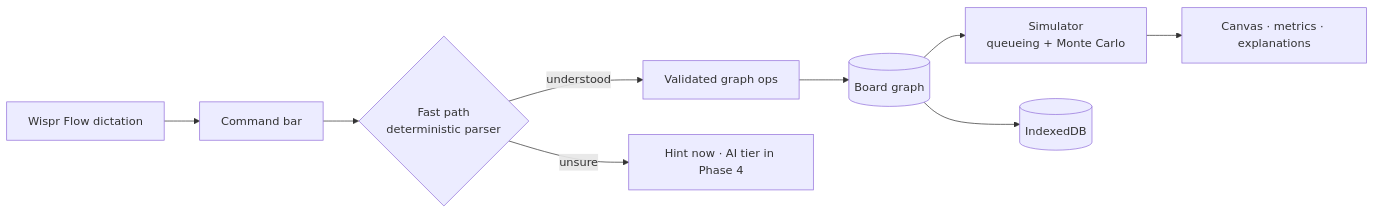
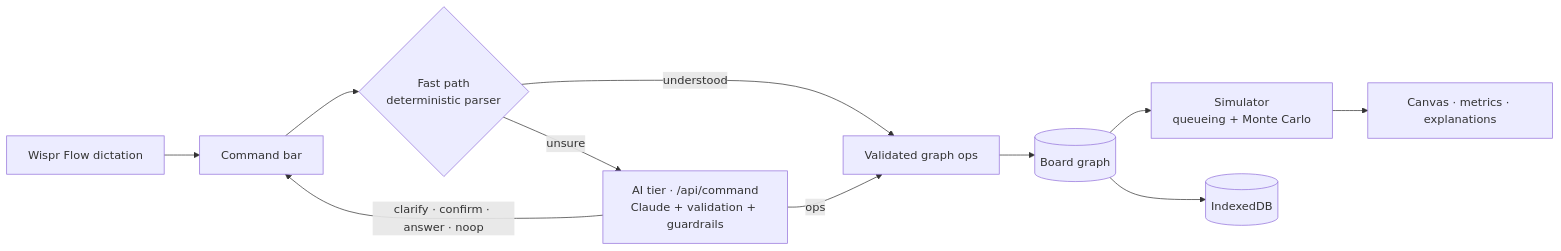
The diagram in README.md (im-shourya/Archie), drawn with Mermaid before and after one commit. The commit also changed other lines of this file and 3 other files, not shown here.

First line of the commit message:
docs: document the AI tier, eval runner and Phase 4 state

````diff
--- a/README.md
+++ b/README.md
@@ -57,11 +58,13 @@
 ```mermaid
 flowchart LR
     V[Wispr Flow dictation] --> C[Command bar]
     C --> F{Fast path<br/>deterministic parser}
     F -- understood --> O[Validated graph ops]
-    F -- unsure --> H[Hint now · AI tier in Phase 4]
+    F -- unsure --> A[AI tier · /api/command<br/>Claude + validation + guardrails]
+    A -- ops --> O
+    A -- clarify · confirm · answer · noop --> C
     O --> G[(Board graph)]
     G --> S[Simulator<br/>queueing + Monte Carlo]
     S --> U[Canvas · metrics · explanations]
     G --> D[(IndexedDB)]
 ```
````
